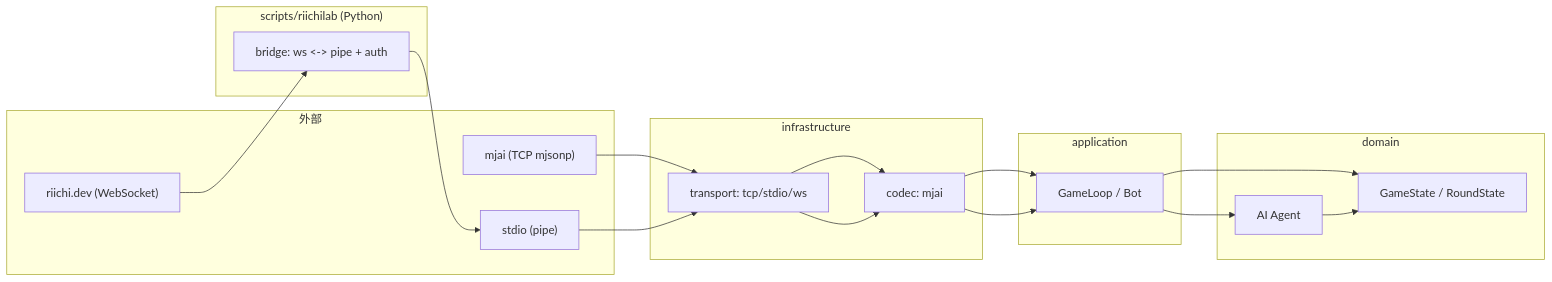
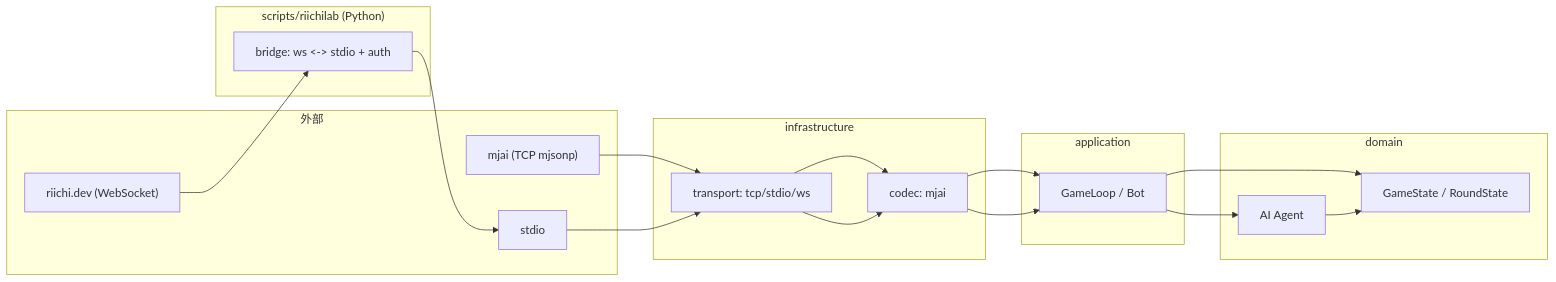
The diagram in docs/design.md (Apricot-S/mjai-manue-go), drawn with Mermaid before and after one commit. The commit also changed other lines of this file and 7 other files, not shown here.

Commit message:
docs: Rename pipe mode docs to stdio and mjsonp client

````diff
--- a/docs/design.md
+++ b/docs/design.md
@@ -61,32 +61,32 @@
 ```mermaid
 flowchart LR
   subgraph External["外部"]
     MJAI["mjai (TCP mjsonp)"]
-    PIPE["stdio (pipe)"]
+    STDIO["stdio"]
     RL["riichi.dev (WebSocket)"]
   end
 
   subgraph Infra["infrastructure"]
     T1["transport: tcp/stdio/ws"]
     C1["codec: mjai"]
   end
 
   subgraph Scripts["scripts/riichilab (Python)"]
-    B1["bridge: ws <-> pipe + auth"]
+    B1["bridge: ws <-> stdio + auth"]
   end
 
   subgraph App["application"]
     U1["GameLoop / Bot"]
   end
 
   subgraph Dom["domain"]
     D1["GameState / RoundState"]
     D2["AI Agent"]
   end
 
   MJAI --> T1 --> C1 --> U1 --> D1
-  PIPE --> T1 --> C1 --> U1
-  RL --> B1 --> PIPE
+  STDIO --> T1 --> C1 --> U1
+  RL --> B1 --> STDIO
   U1 --> D2
   D2 --> D1
 ```
````
